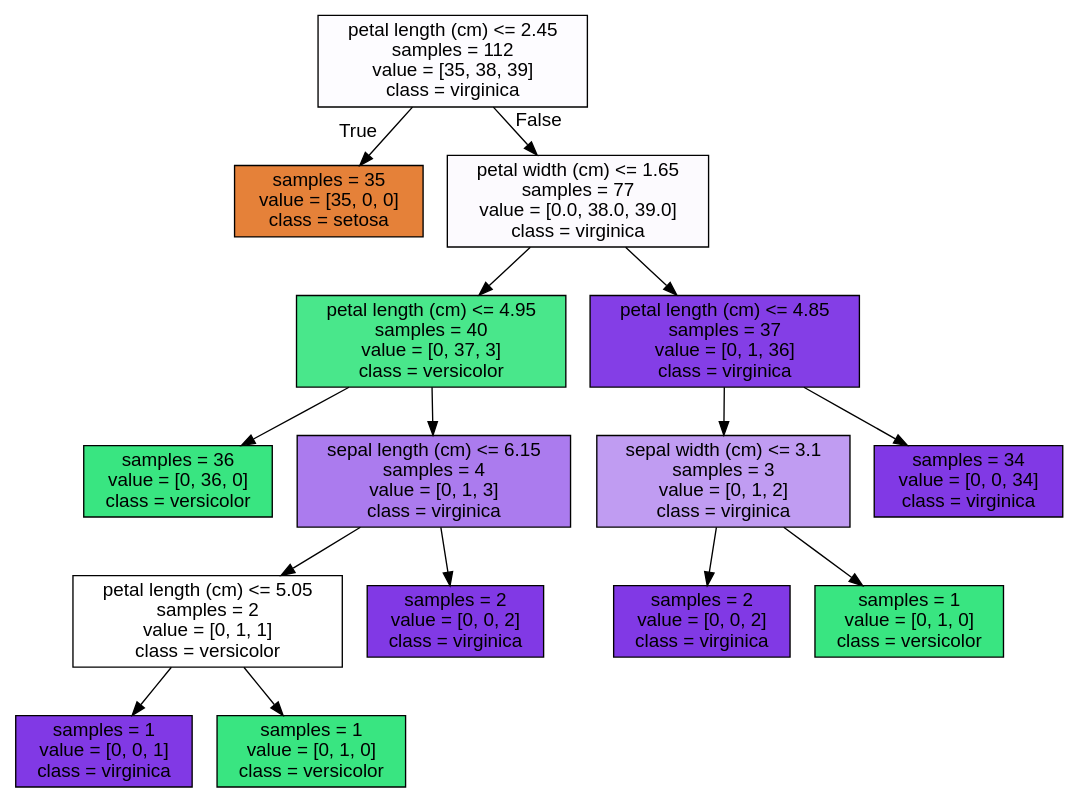
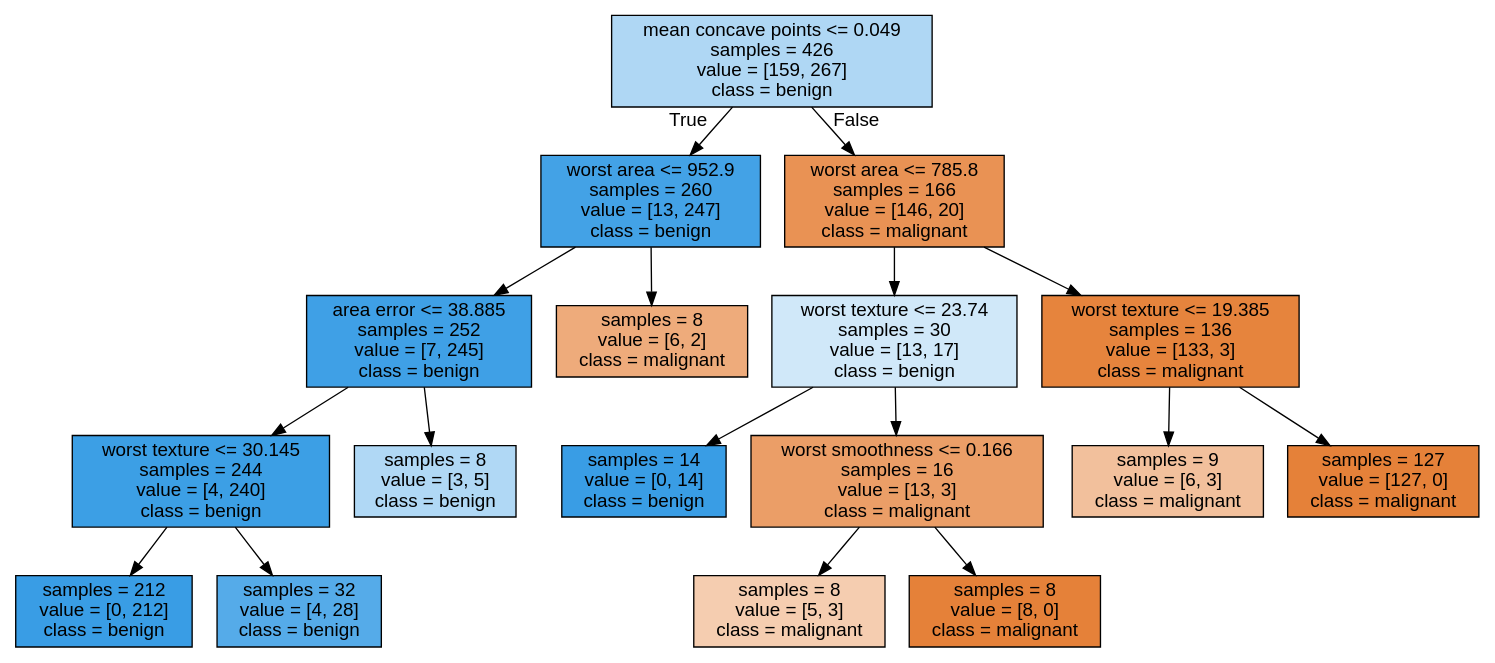
The diagram in Mod_2/adspy_temp.dot (IIIL4KIII/Machine-Learning), drawn with Graphviz before and after one commit. The commit also changed 1 other file, not shown here.

```diff
--- a/Mod_2/adspy_temp.dot
+++ b/Mod_2/adspy_temp.dot
@@ -1,33 +1,37 @@
 digraph Tree {
 node [shape=box, style="filled", color="black", fontname="helvetica"] ;
 edge [fontname="helvetica"] ;
-0 [label="petal length (cm) <= 2.45\nsamples = 112\nvalue = [35, 38, 39]\nclass = virginica", fillcolor="#fdfcff"] ;
-1 [label="samples = 35\nvalue = [35, 0, 0]\nclass = setosa", fillcolor="#e58139"] ;
+0 [label="mean concave points <= 0.049\nsamples = 426\nvalue = [159, 267]\nclass = benign", fillcolor="#afd7f4"] ;
+1 [label="worst area <= 952.9\nsamples = 260\nvalue = [13, 247]\nclass = benign", fillcolor="#43a2e6"] ;
 0 -> 1 [labeldistance=2.5, labelangle=45, headlabel="True"] ;
-2 [label="petal width (cm) <= 1.65\nsamples = 77\nvalue = [0.0, 38.0, 39.0]\nclass = virginica", fillcolor="#fcfafe"] ;
-0 -> 2 [labeldistance=2.5, labelangle=-45, headlabel="False"] ;
-3 [label="petal length (cm) <= 4.95\nsamples = 40\nvalue = [0, 37, 3]\nclass = versicolor", fillcolor="#49e78b"] ;
+2 [label="area error <= 38.885\nsamples = 252\nvalue = [7, 245]\nclass = benign", fillcolor="#3fa0e6"] ;
+1 -> 2 ;
+3 [label="worst texture <= 30.145\nsamples = 244\nvalue = [4, 240]\nclass = benign", fillcolor="#3c9fe5"] ;
 2 -> 3 ;
-4 [label="samples = 36\nvalue = [0, 36, 0]\nclass = versicolor", fillcolor="#39e581"] ;
+4 [label="samples = 212\nvalue = [0, 212]\nclass = benign", fillcolor="#399de5"] ;
 3 -> 4 ;
-5 [label="sepal length (cm) <= 6.15\nsamples = 4\nvalue = [0, 1, 3]\nclass = virginica", fillcolor="#ab7bee"] ;
+5 [label="samples = 32\nvalue = [4, 28]\nclass = benign", fillcolor="#55abe9"] ;
 3 -> 5 ;
-6 [label="petal length (cm) <= 5.05\nsamples = 2\nvalue = [0, 1, 1]\nclass = versicolor", fillcolor="#ffffff"] ;
-5 -> 6 ;
-7 [label="samples = 1\nvalue = [0, 0, 1]\nclass = virginica", fillcolor="#8139e5"] ;
-6 -> 7 ;
-8 [label="samples = 1\nvalue = [0, 1, 0]\nclass = versicolor", fillcolor="#39e581"] ;
-6 -> 8 ;
-9 [label="samples = 2\nvalue = [0, 0, 2]\nclass = virginica", fillcolor="#8139e5"] ;
-5 -> 9 ;
-10 [label="petal length (cm) <= 4.85\nsamples = 37\nvalue = [0, 1, 36]\nclass = virginica", fillcolor="#843ee6"] ;
-2 -> 10 ;
-11 [label="sepal width (cm) <= 3.1\nsamples = 3\nvalue = [0, 1, 2]\nclass = virginica", fillcolor="#c09cf2"] ;
-10 -> 11 ;
-12 [label="samples = 2\nvalue = [0, 0, 2]\nclass = virginica", fillcolor="#8139e5"] ;
+6 [label="samples = 8\nvalue = [3, 5]\nclass = benign", fillcolor="#b0d8f5"] ;
+2 -> 6 ;
+7 [label="samples = 8\nvalue = [6, 2]\nclass = malignant", fillcolor="#eeab7b"] ;
+1 -> 7 ;
+8 [label="worst area <= 785.8\nsamples = 166\nvalue = [146, 20]\nclass = malignant", fillcolor="#e99254"] ;
+0 -> 8 [labeldistance=2.5, labelangle=-45, headlabel="False"] ;
+9 [label="worst texture <= 23.74\nsamples = 30\nvalue = [13, 17]\nclass = benign", fillcolor="#d0e8f9"] ;
+8 -> 9 ;
+10 [label="samples = 14\nvalue = [0, 14]\nclass = benign", fillcolor="#399de5"] ;
+9 -> 10 ;
+11 [label="worst smoothness <= 0.166\nsamples = 16\nvalue = [13, 3]\nclass = malignant", fillcolor="#eb9e67"] ;
+9 -> 11 ;
+12 [label="samples = 8\nvalue = [5, 3]\nclass = malignant", fillcolor="#f5cdb0"] ;
 11 -> 12 ;
-13 [label="samples = 1\nvalue = [0, 1, 0]\nclass = versicolor", fillcolor="#39e581"] ;
+13 [label="samples = 8\nvalue = [8, 0]\nclass = malignant", fillcolor="#e58139"] ;
 11 -> 13 ;
-14 [label="samples = 34\nvalue = [0, 0, 34]\nclass = virginica", fillcolor="#8139e5"] ;
-10 -> 14 ;
+14 [label="worst texture <= 19.385\nsamples = 136\nvalue = [133, 3]\nclass = malignant", fillcolor="#e6843d"] ;
+8 -> 14 ;
+15 [label="samples = 9\nvalue = [6, 3]\nclass = malignant", fillcolor="#f2c09c"] ;
+14 -> 15 ;
+16 [label="samples = 127\nvalue = [127, 0]\nclass = malignant", fillcolor="#e58139"] ;
+14 -> 16 ;
 }
```
